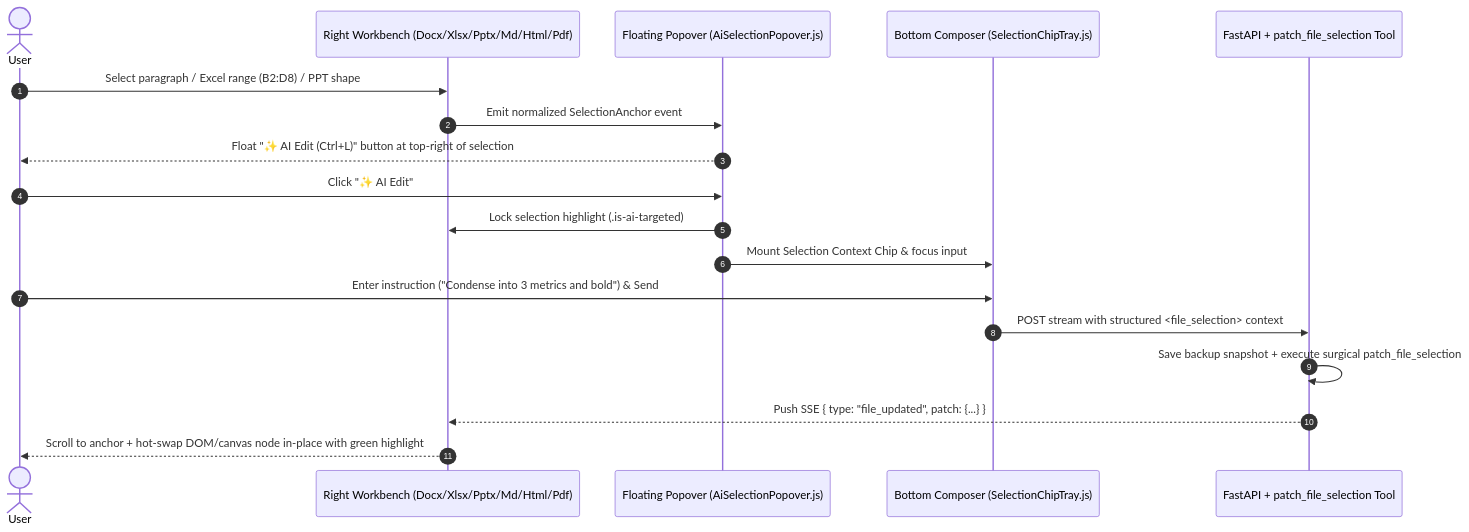
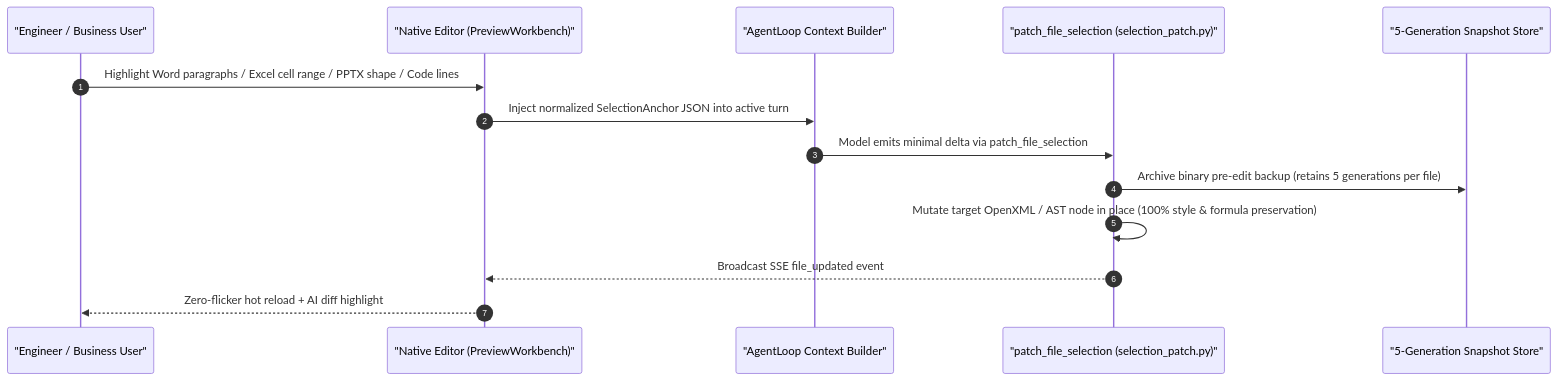
One commit to HelmAgent/Helm_website changed the second of 3 diagrams in docs/en/architecture/workbench.md. Above: the diagram before and after it, drawn with Mermaid. The commit also changed other lines of this file and 57 other files, not shown here.

Commit message:
docs(architecture): add detailed documentation for the 5-Tier Permission Sandbox, Zero-RTT Intent Engine, and Open Ecosystem; include core modules, empirical evidence, and interactive permission modes for enhanced clarity and functionality

````diff
--- a/docs/en/architecture/workbench.md
+++ b/docs/en/architecture/workbench.md
@@ -22,21 +49,17 @@
 ```mermaid
 sequenceDiagram
   autonumber
-  actor User as User
-  participant Editor as Right Workbench (Docx/Xlsx/Pptx/Md/Html/Pdf)
-  participant Popover as Floating Popover (AiSelectionPopover.js)
-  participant Composer as Bottom Composer (SelectionChipTray.js)
-  participant Agent as FastAPI + patch_file_selection Tool
+  participant User as "Engineer / Business User"
+  participant Editor as "Native Editor (PreviewWorkbench)"
+  participant Agent as "AgentLoop Context Builder"
+  participant Patch as "patch_file_selection (selection_patch.py)"
+  participant Snap as "5-Generation Snapshot Store"
 
-  User->>Editor: Select paragraph / Excel range (B2:D8) / PPT shape
-  Editor->>Popover: Emit normalized SelectionAnchor event
-  Popover-->>User: Float "✨ AI Edit (Ctrl+L)" button at top-right of selection
-  User->>Popover: Click "✨ AI Edit"
-  Popover->>Editor: Lock selection highlight (.is-ai-targeted)
-  Popover->>Composer: Mount Selection Context Chip & focus input
-  User->>Composer: Enter instruction ("Condense into 3 metrics and bold") & Send
-  Composer->>Agent: POST stream with structured <file_selection> context
-  Agent->>Agent: Save backup snapshot + execute surgical patch_file_selection
-  Agent-->>Editor: Push SSE { type: "file_updated", patch: {...} }
-  Editor-->>User: Scroll to anchor + hot-swap DOM/canvas node in-place with green highlight
+  User->>Editor: Highlight Word paragraphs / Excel cell range / PPTX shape / Code lines
+  Editor->>Agent: Inject normalized SelectionAnchor JSON into active turn
+  Agent->>Patch: Model emits minimal delta via patch_file_selection
+  Patch->>Snap: Archive binary pre-edit backup (retains 5 generations per file)
+  Patch->>Patch: Mutate target OpenXML / AST node in place (100% style & formula preservation)
+  Patch-->>Editor: Broadcast SSE file_updated event
+  Editor-->>User: Zero-flicker hot reload + AI diff highlight
 ```
````
